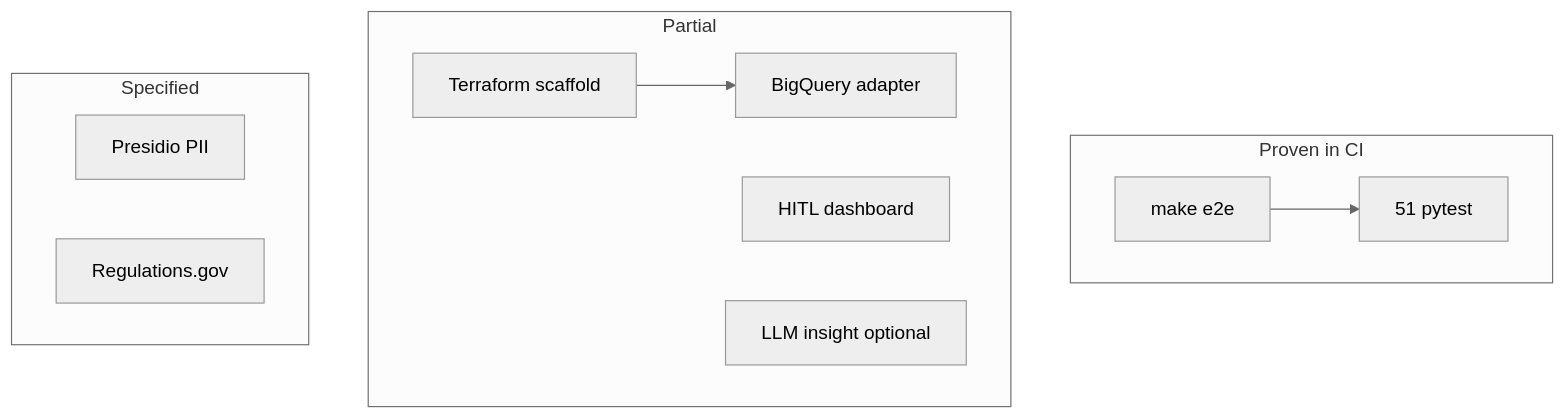
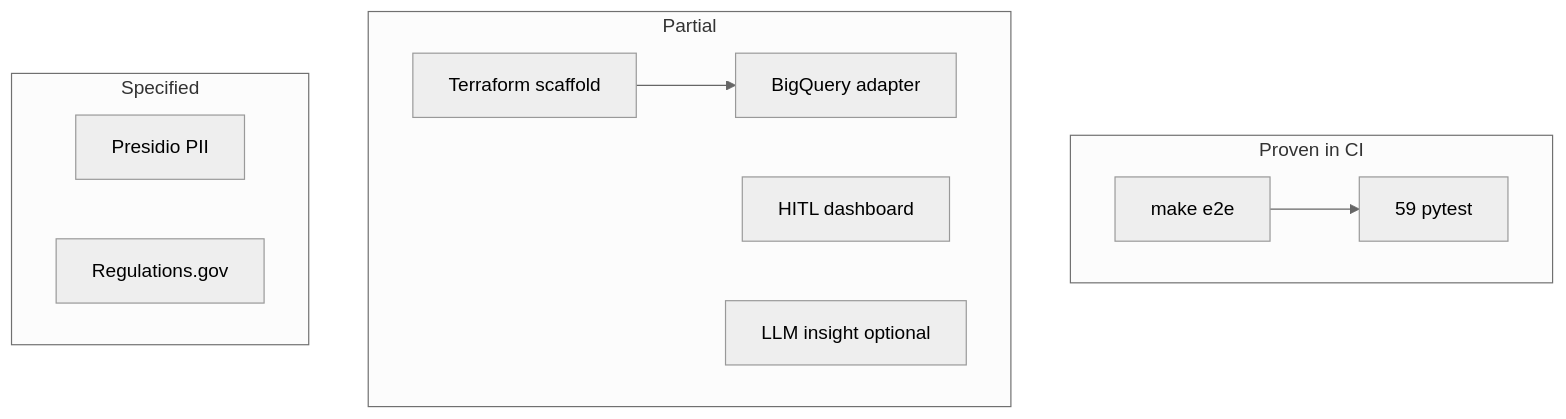
Before and after one commit to khaosans/operator-etl: the diagram in docs/FINAL-REVIEW.md, drawn with Mermaid (neutral theme). The commit also changed other lines of this file and 56 other files, not shown here.

````diff
--- a/docs/FINAL-REVIEW.md
+++ b/docs/FINAL-REVIEW.md
@@ -45,22 +50,22 @@
 ```mermaid
 flowchart TB
   subgraph proven [Proven in CI]
     E2E[make e2e]
-    Pytest[51 pytest]
+    Pytest[59 pytest]
   end
 
   subgraph partial [Partial]
     TF[Terraform scaffold]
     BQ[BigQuery adapter]
     HITL[HITL dashboard]
     LLM[LLM insight optional]
   end
 
   subgraph specified [Specified]
     Presidio[Presidio PII]
     RegGov[Regulations.gov]
   end
 
   E2E --> Pytest
   TF --> BQ
 ```
````
